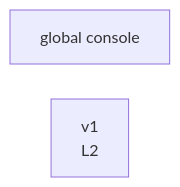
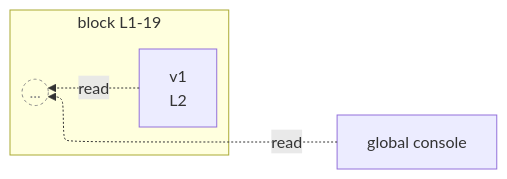
Before and after one commit to crescware/unsnarl: the diagram in integration/fixtures/app-behavior/depth/block/depth-1/preview.md, drawn with Mermaid. The commit also changed 106 other files, not shown here.

````diff
--- a/integration/fixtures/app-behavior/depth/block/depth-1/preview.md
+++ b/integration/fixtures/app-behavior/depth/block/depth-1/preview.md
@@ -29,6 +29,14 @@
 ```mermaid
 %%{init: {"flowchart": {"defaultRenderer": "elk"}}}%%
 flowchart RL
   n_scope_0_console_185["global console"]
-  n_scope_1_v1_10["v1<br/>L2"]
+  subgraph s_scope_1["block L1-19"]
+    direction RL
+    n_scope_1_v1_10["v1<br/>L2"]
+    beyond_depth_s_scope_1((...))
+  end
+  n_scope_1_v1_10 -.->|read| beyond_depth_s_scope_1
+  n_scope_0_console_185 -.->|read| beyond_depth_s_scope_1
+  classDef boundaryStub fill:transparent,stroke:#888,stroke-dasharray:3 3,color:#888;
+  class beyond_depth_s_scope_1 boundaryStub;
 ```
````
